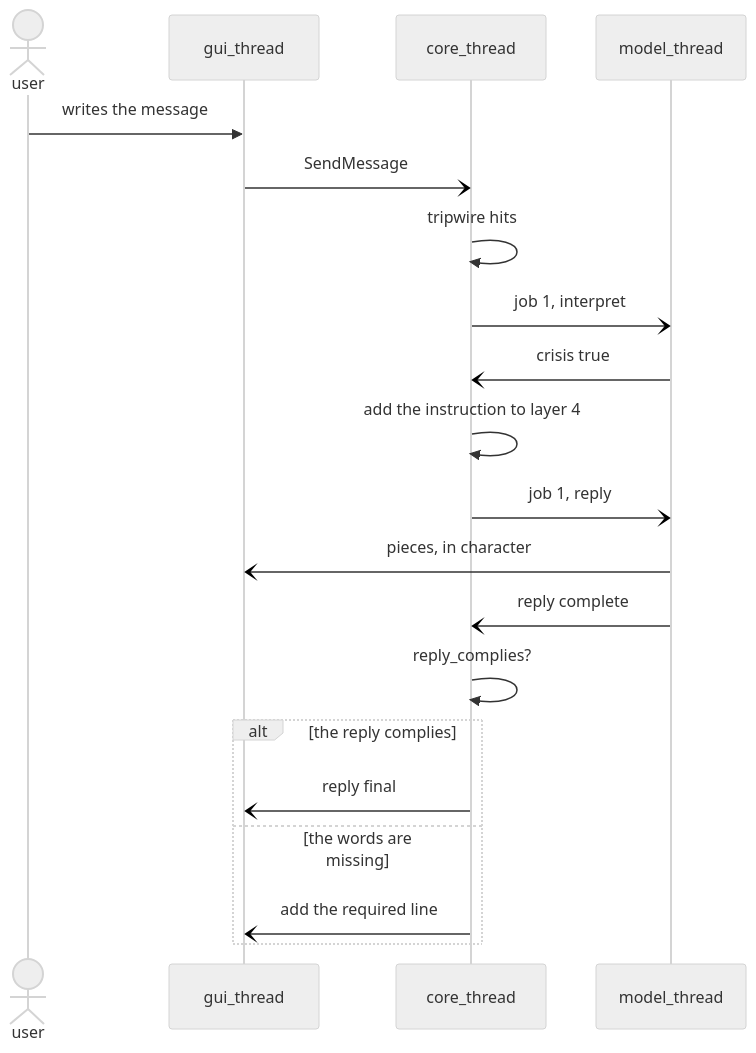
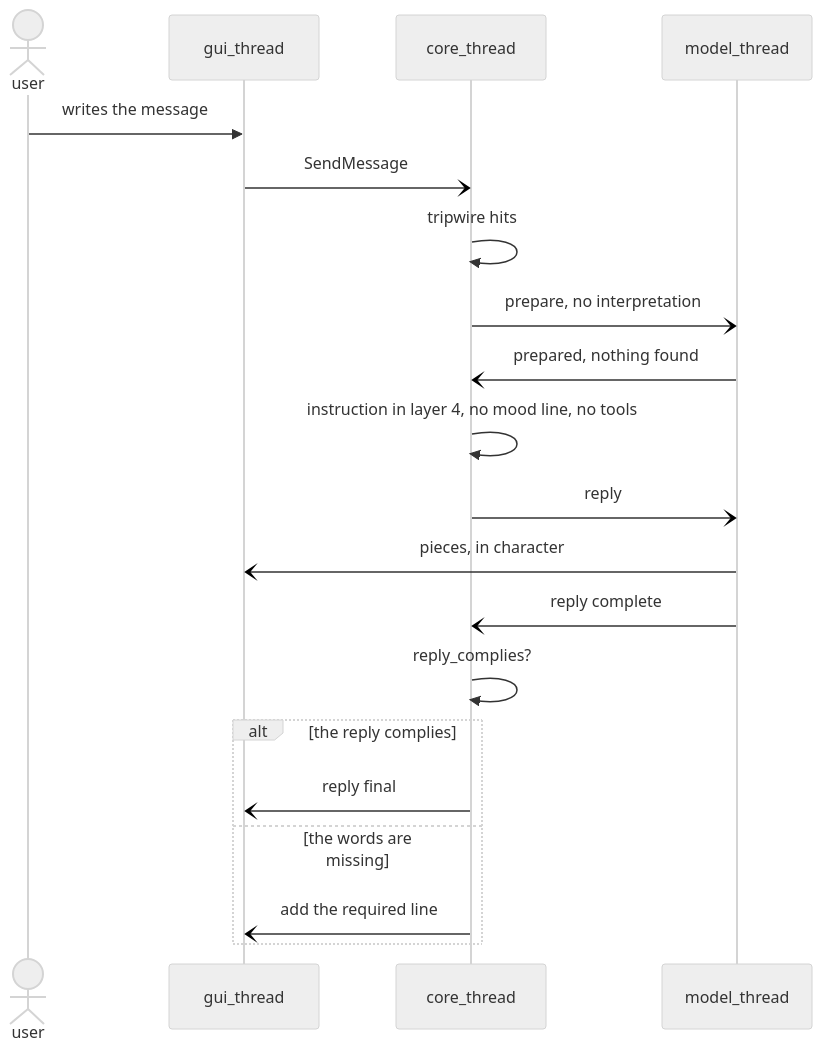
Diagram 41 of 45 in docs/architecture/ARCHITECTURE.md (NguyenVu04/cognia), drawn with Mermaid (neutral theme) before and after one commit. The commit also changed other lines of this file and 109 other files, not shown here.

````diff
--- a/docs/architecture/ARCHITECTURE.md
+++ b/docs/architecture/ARCHITECTURE.md
@@ -2712,23 +2664,23 @@
 ```mermaid
 sequenceDiagram
     actor user
     participant gui as gui_thread
     participant core as core_thread
     participant model as model_thread
 
     user->>gui: writes the message
     gui-)core: SendMessage
     core->>core: tripwire hits
-    core-)model: job 1, interpret
-    model-)core: crisis true
-    core->>core: add the instruction to layer 4
-    core-)model: job 1, reply
+    core-)model: prepare, no interpretation
+    model-)core: prepared, nothing found
+    core->>core: instruction in layer 4, no mood line, no tools
+    core-)model: reply
     model-)gui: pieces, in character
     model-)core: reply complete
     core->>core: reply_complies?
     alt the reply complies
         core-)gui: reply final
     else the words are missing
         core-)gui: add the required line
     end
 ```
````
